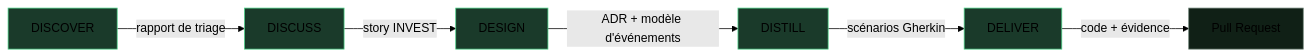
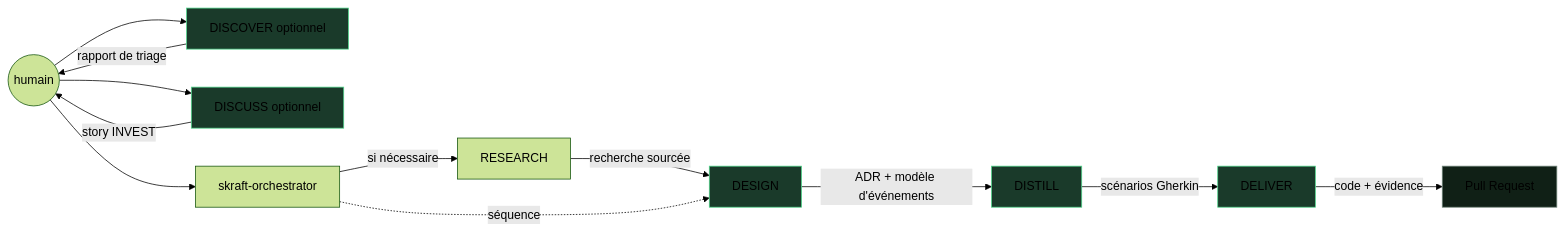
The diagram in docs/site/fr/explanation/hve-vs-skraft.md (SebastienDegodez/skraft-plugin), drawn with Mermaid (forest theme) before and after one commit. The commit also changed other lines of this file and 3 other files, not shown here.

````diff
--- a/docs/site/fr/explanation/hve-vs-skraft.md
+++ b/docs/site/fr/explanation/hve-vs-skraft.md
@@ -23,14 +23,20 @@
 ```mermaid
 graph LR
-    D[DISCOVER] -->|rapport de triage| DI[DISCUSS]
-    DI -->|story INVEST| DE[DESIGN]
+    H((humain)) --> D[DISCOVER optionnel]
+    D -->|rapport de triage| H
+    H --> DI[DISCUSS optionnel]
+    DI -->|story INVEST| H
+    H --> O[skraft-orchestrator]
+    O -->|si nécessaire| R[RESEARCH]
+    R -->|recherche sourcée| DE[DESIGN]
+    O -.séquence.-> DE
     DE -->|ADR + modèle d'événements| DIS[DISTILL]
     DIS -->|scénarios Gherkin| DEL[DELIVER]
     DEL -->|code + évidence| PR[Pull Request]
     style D fill:#1a3a2a,stroke:#4ed58a
     style DI fill:#1a3a2a,stroke:#4ed58a
     style DE fill:#1a3a2a,stroke:#4ed58a
     style DIS fill:#1a3a2a,stroke:#4ed58a
     style DEL fill:#1a3a2a,stroke:#4ed58a
     style PR fill:#102016,stroke:#6f8478
 ```
````
